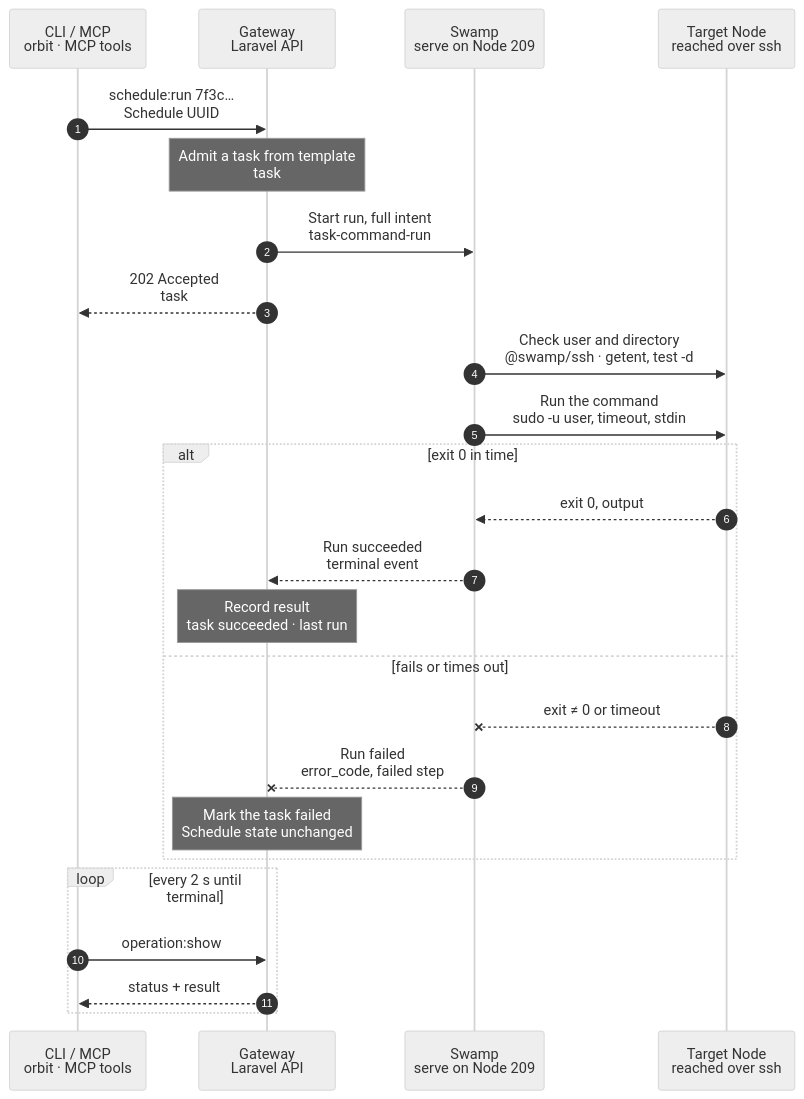
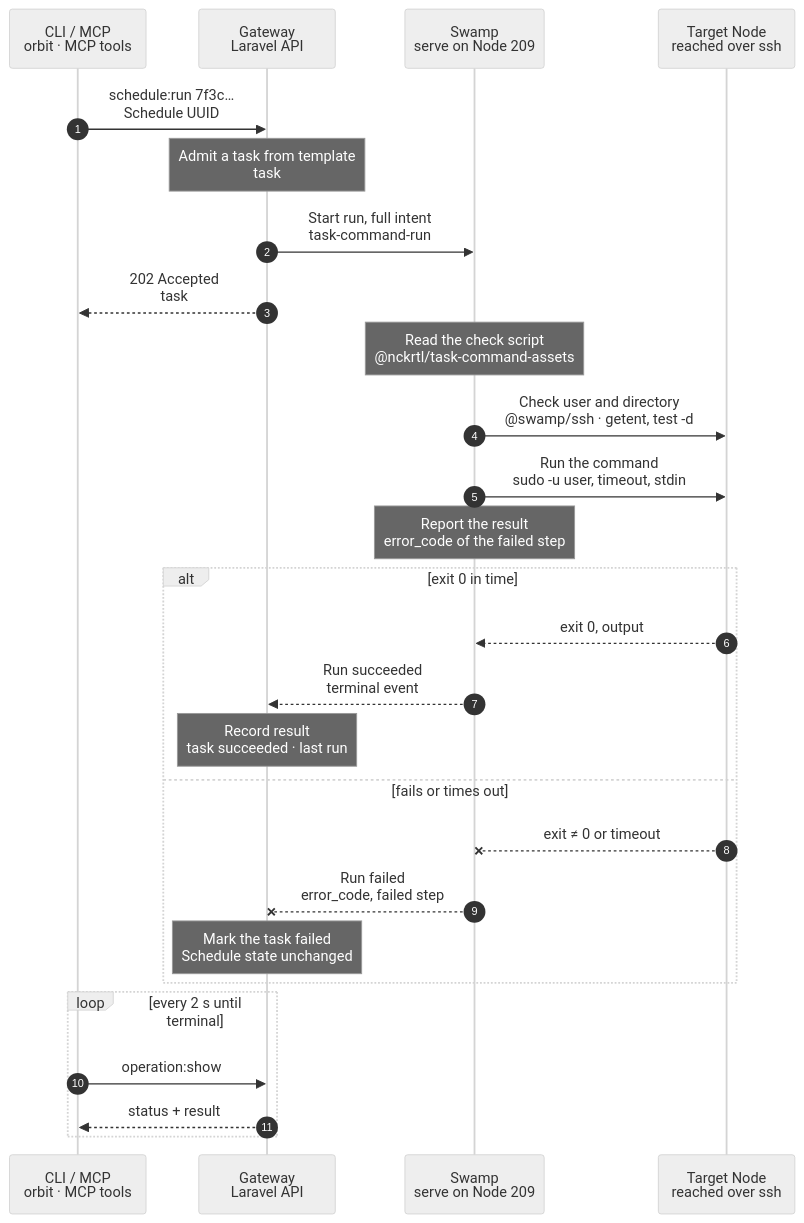
The diagram in docs/flows/schedule.run.mmd (hardimpactdev/orbit), drawn with Mermaid (neutral theme) before and after one commit. The commit also changed 4 other files, not shown here.

First line of the commit message:
docs(flows): Schedules as one Swamp workflow each (schedule-<id>), plus schedule:disable

```diff
--- a/docs/flows/schedule.run.mmd
+++ b/docs/flows/schedule.run.mmd
@@ -1,92 +1,101 @@
 sequenceDiagram
   %% Target design: ADR 0244 one task system, native Swamp schedules; DECISIONS Schedules (Nick 2026-11-02), R2-R4.
   %% status: draft
   %% command: schedule:run
   autonumber
   %% lane CLI icon=terminal pill=caller tone=gray
   %% lane GW icon=gateway pill=intent tone=blue
   %% lane SW icon=workflow pill=executes tone=green
   %% lane N icon=server pill=target tone=amber
   participant CLI as CLI / MCP<br/>orbit · MCP tools
   participant GW as Gateway<br/>Laravel API
   participant SW as Swamp<br/>serve on Node 209
   participant N as Target Node<br/>reached over ssh
   CLI->>GW: schedule:run 7f3c…<br/>Schedule UUID
   %%> Command:
   %%> - `orbit schedule:run 7f3c9a2e-41d0-4b8a-9c11-2f6e0d5b7a10`
   %%> - syntax: `<uuid> [--idempotency-key=KEY] [--json]`
   %%> Input:
   %%> - the UUID of the Schedule, as `schedule:list` shows it
   %%> Not changed:
   %%> - the Schedule's timing; the next calendar fire stays as it was
   %%> - an enabled Schedule stays enabled, and a disabled one stays disabled
   Note over GW: Admit a task from template<br/>task #5140 · trigger: operator
   %%> Requirements:
   %%> - your Node has an access grant to Node 12, which runs Instance 42
   %%> - Schedule 7f3c… is active, enabled or disabled
   %%> - Instance 42 is still on Node 12
   %%> Result:
   %%> - task #5140 recorded from the Schedule's template, with trigger `operator`
   %%> - the same intent a calendar fire gets: user, working directory, shell, timeout and command
   GW->>SW: Start run, full intent<br/>task-command-run
   %%> What it does:
-  %%> - starts one root run on serve (Node 209), the same workflow a calendar fire starts
+  %%> - starts one root run of `task-command-run` on serve (Node 209), the workflow each calendar fire of `schedule-7f3c…` runs nested
+  %%> Why not `schedule-7f3c…` itself:
+  %%> - its inputs are fixed and carry no task number; the task's own run carries it, so the Gateway projects it like any task
+  %%> - every root run of `schedule-7f3c…` is then a calendar fire
   %%> Inputs:
   %%> - Node 12's address and SSH host keys; the SSH identity comes from the `swamp` role
   %%> - the user, the working directory, the shell and the timeout
   %%> - the command's vault key name, never the command (R3)
   GW-->>CLI: 202 Accepted<br/>task #5140
   %%> What you get:
   %%> - the task number, at once
   %%> Next:
   %%> - the CLI follows the task with `operation:show`
+  Note over SW: Read the check script<br/>@nckrtl/task-command-assets
+  %%> What it does:
+  %%> - reads the shipped check script on 209, to send it over SSH in argv
   SW->>N: Check user and directory<br/>@swamp/ssh · getent, test -d
   %%> What it does:
-  %%> - checks that the Schedule's user exists on Node 12
-  %%> - checks that the working directory exists, for example the Instance's application directory
+  %%> - checks that the Schedule's user exists on Node 12, with its home, shell and group
+  %%> - checks that the user can enter the working directory, for example the Instance's application directory
+  %%> - checks the command's hash against the recorded one, with the command on stdin
   %%> Why:
   %%> - the command fails early with a clear error instead of half-running
   SW->>N: Run the command<br/>sudo -u user, timeout, stdin
   %%> How:
-  %%> - reads the command with `vault.get` and checks its hash against the recorded one
-  %%> - sends it to Node 12 on stdin, never in argv
+  %%> - reads the command with `vault.get` and sends it to Node 12 on stdin, never in argv
   %%> Runs as:
   %%> - the Schedule's user, in its working directory, with its shell
   %%> - production Instances resolve `current` at start, so a new release changes later runs
   %%> Timeout:
   %%> - the Schedule's timeout is the run's time budget
+  Note over SW: Report the result<br/>error_code of the failed step
+  %%> What it does:
+  %%> - prints the public result on 209: ready, or `schedule.target_unavailable`, `schedule.artifact_conflict` or `schedule.run_failed`
   alt exit 0 in time
     N-->>SW: exit 0, output
     %%> Returns:
     %%> - the exit code; the output stays in the Swamp step
     SW-->>GW: Run succeeded<br/>terminal event
     %%> How the Gateway learns it:
     %%> - its shared run reader sees the terminal event; Swamp never calls the Gateway
     Note over GW: Record result<br/>task succeeded · last run
     %%> Result:
     %%> - task #5140 succeeds
     %%> - `last_run_at` and `last_run_status` of Schedule 7f3c… are set
   else fails or times out
     N--xSW: exit ≠ 0 or timeout
     %%> When:
     %%> - the user or directory is missing, SSH fails, the command exits non-zero, or it runs past its timeout
     SW--xGW: Run failed<br/>error_code, failed step
     %%> The Gateway reads:
     %%> - which step failed and its error code
     Note over GW: Mark the task failed<br/>Schedule state unchanged
     %%> Result:
     %%> - task #5140 fails; the Schedule's last run is marked as an error
     %%> - the Schedule itself and its trigger stay as they were
     %%> On the Node:
     %%> - whatever the command changed before it failed stays; Orbit does not roll it back
     %%> Retry:
     %%> - run `schedule:run` again after fixing the cause; it is a new task
   end
   loop every 2 s until terminal
     CLI->>GW: operation:show #5140
     %%> What it does:
     %%> - asks for the task's status every 2 seconds until it has ended
     GW-->>CLI: status + result
     %%> Returns:
     %%> - the current status, and the result once the task has ended
   end
```
